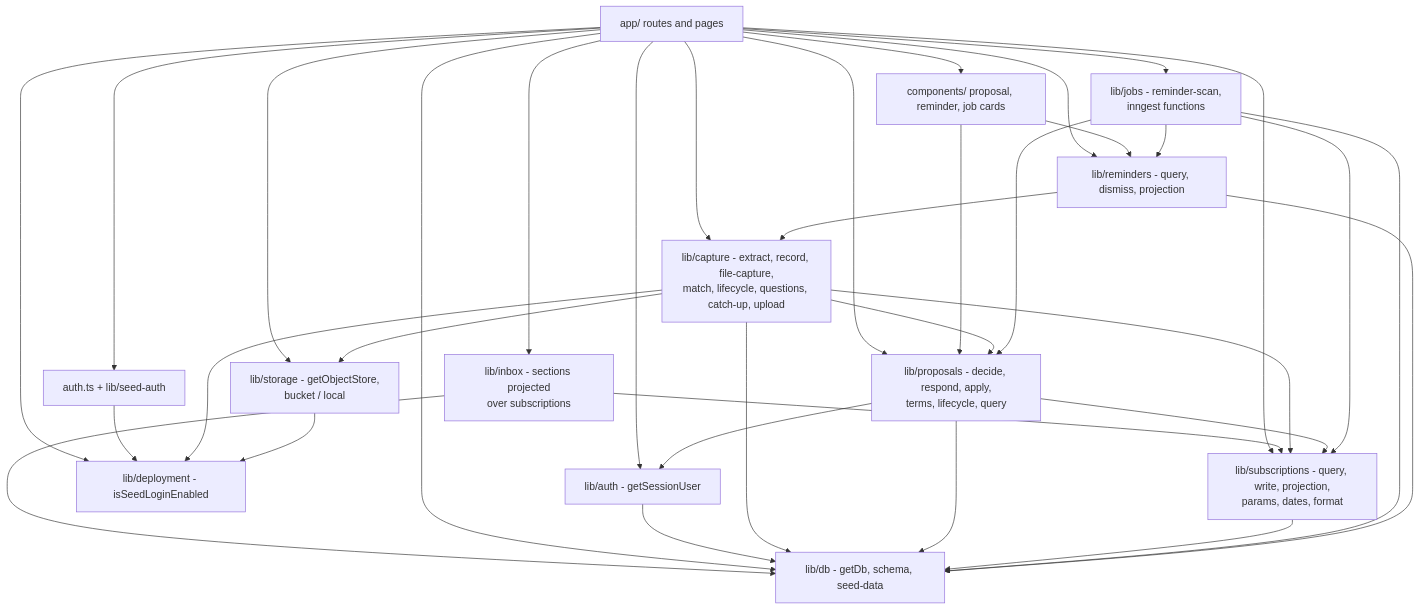
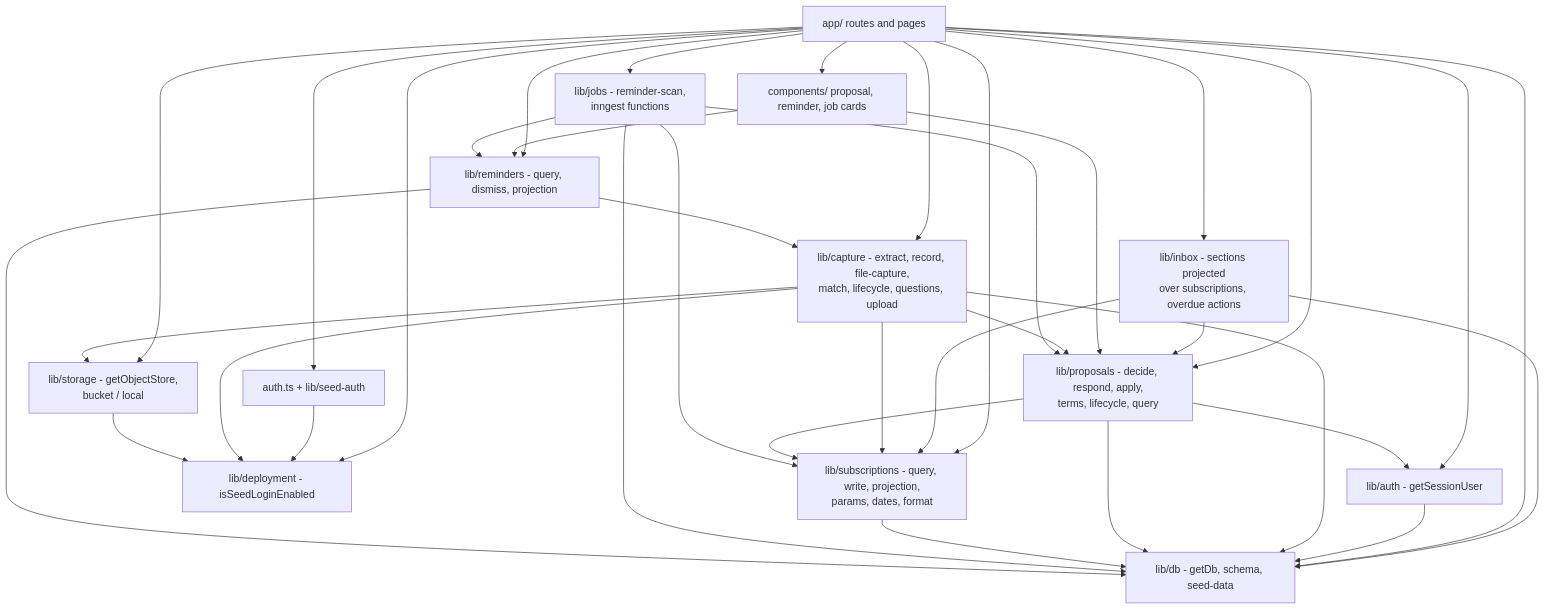
One commit to bhaveshbusa/subscription-records changed the fourth of 4 diagrams in docs/architecture.md. Above: the diagram before and after it, drawn with Mermaid. The commit also changed other lines of this file and 21 other files, not shown here.

Commit message:
SUB-33: Overdue actions, replacing the chat catch-up (#36)

````diff
--- a/docs/architecture.md
+++ b/docs/architecture.md
@@ -175,51 +179,52 @@
 ```mermaid
 flowchart TD
   app["app/ routes and pages"]
   components["components/ proposal, reminder, job cards"]
   authmod["lib/auth - getSessionUser"]
   authjs["auth.ts + lib/seed-auth"]
   deployment["lib/deployment - isSeedLoginEnabled"]
-  capture["lib/capture - extract, record, file-capture,<br/>match, lifecycle, questions, catch-up, upload"]
+  capture["lib/capture - extract, record, file-capture,<br/>match, lifecycle, questions, upload"]
   proposalsmod["lib/proposals - decide, respond, apply,<br/>terms, lifecycle, query"]
   subs["lib/subscriptions - query, write, projection,<br/>params, dates, format"]
   storage["lib/storage - getObjectStore,<br/>bucket / local"]
   jobs["lib/jobs - reminder-scan,<br/>inngest functions"]
   remindersmod["lib/reminders - query, dismiss, projection"]
-  inboxmod["lib/inbox - sections projected<br/>over subscriptions"]
+  inboxmod["lib/inbox - sections projected<br/>over subscriptions, overdue actions"]
   dbmod["lib/db - getDb, schema, seed-data"]
 
   app --> components
   app --> authmod
   app --> authjs
   app --> deployment
   app --> capture
   app --> proposalsmod
   app --> subs
   app --> storage
   app --> jobs
   app --> remindersmod
   app --> inboxmod
   inboxmod --> subs
+  inboxmod --> proposalsmod
   inboxmod --> dbmod
   app --> dbmod
   components --> proposalsmod
   components --> remindersmod
   authjs --> deployment
   authmod --> dbmod
   capture --> proposalsmod
   capture --> subs
   capture --> storage
   capture --> deployment
   capture --> dbmod
   proposalsmod --> subs
   proposalsmod --> authmod
   proposalsmod --> dbmod
   subs --> dbmod
   storage --> deployment
   jobs --> proposalsmod
   jobs --> subs
   jobs --> remindersmod
   jobs --> dbmod
   remindersmod --> capture
   remindersmod --> dbmod
 ```
````
